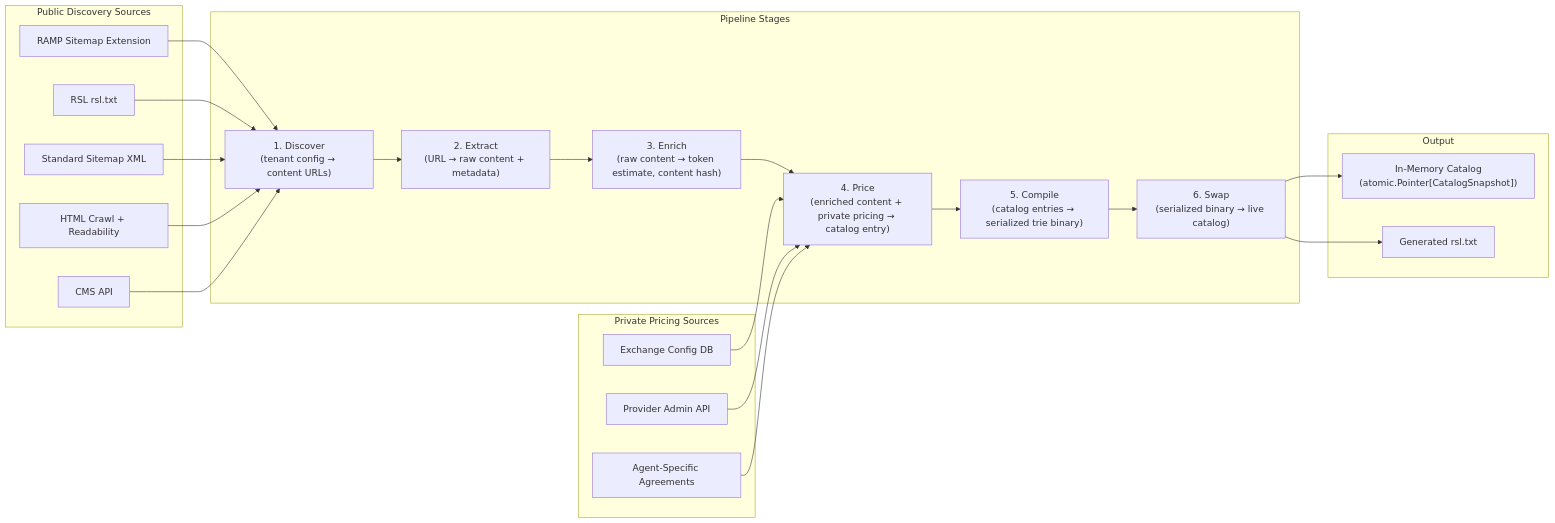
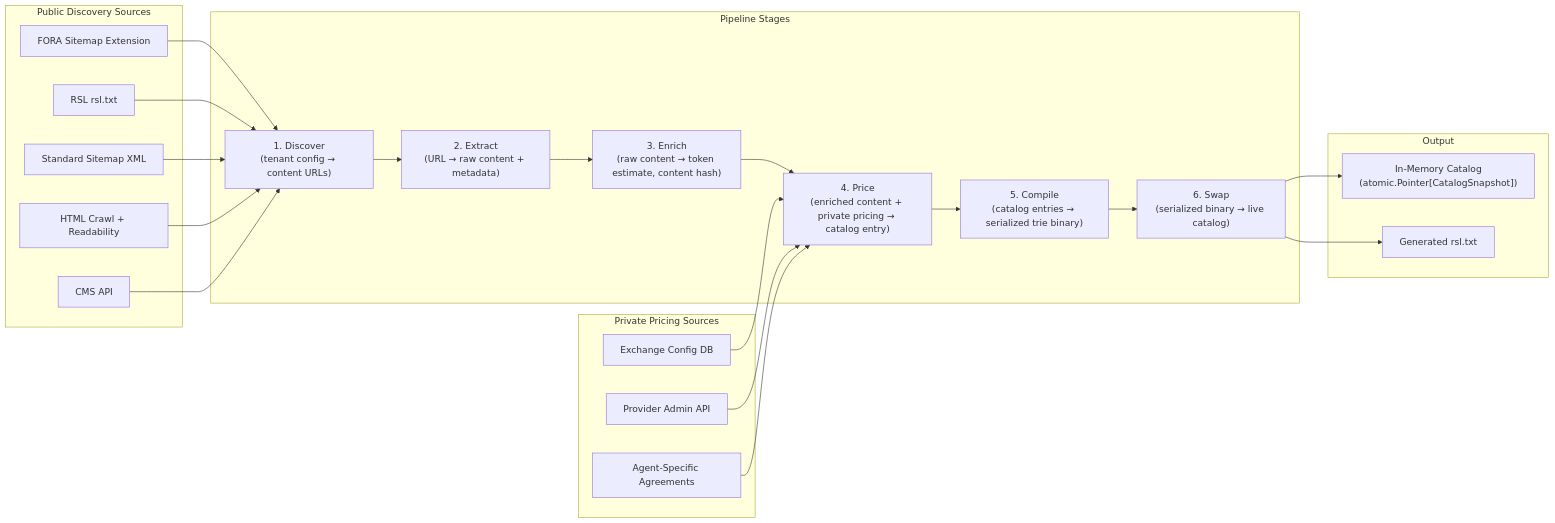
Before and after one commit to FORA-Protocol/protocol: the diagram in website/src/content/docs/components/content-ingestion/overview.mdx, drawn with Mermaid. The commit also changed other lines of this file and 529 other files, not shown here.

First line of the commit message:
Rename the protocol from RAMP to FORA

````diff
--- a/website/src/content/docs/components/content-ingestion/overview.mdx
+++ b/website/src/content/docs/components/content-ingestion/overview.mdx
@@ -16,50 +16,50 @@
 ```mermaid
 graph LR
     subgraph "Public Discovery Sources"
-        S1[RAMP Sitemap Extension]
+        S1[FORA Sitemap Extension]
         S2[RSL rsl.txt]
         S3[Standard Sitemap XML]
         S4[HTML Crawl + Readability]
         S5[CMS API]
     end
 
     subgraph "Private Pricing Sources"
         P1[Exchange Config DB]
         P2[Provider Admin API]
         P3[Agent-Specific Agreements]
     end
 
     subgraph "Pipeline Stages"
         DISC["1. Discover<br/>(tenant config → content URLs)"]
         NORM["2. Extract<br/>(URL → raw content + metadata)"]
         ENRICH["3. Enrich<br/>(raw content → token estimate, content hash)"]
         PRICE["4. Price<br/>(enriched content + private pricing → catalog entry)"]
         COMPILE["5. Compile<br/>(catalog entries → serialized trie binary)"]
         SWAP["6. Swap<br/>(serialized binary → live catalog)"]
     end
 
     subgraph "Output"
         CAT["In-Memory Catalog<br/>(atomic.Pointer[CatalogSnapshot])"]
         RSL_OUT[Generated rsl.txt]
     end
 
     S1 --> DISC
     S2 --> DISC
     S3 --> DISC
     S4 --> DISC
     S5 --> DISC
 
     DISC --> NORM
     NORM --> ENRICH
     ENRICH --> PRICE
 
     P1 --> PRICE
     P2 --> PRICE
     P3 --> PRICE
 
     PRICE --> COMPILE
     COMPILE --> SWAP
 
     SWAP --> CAT
     SWAP --> RSL_OUT
 ```
````
